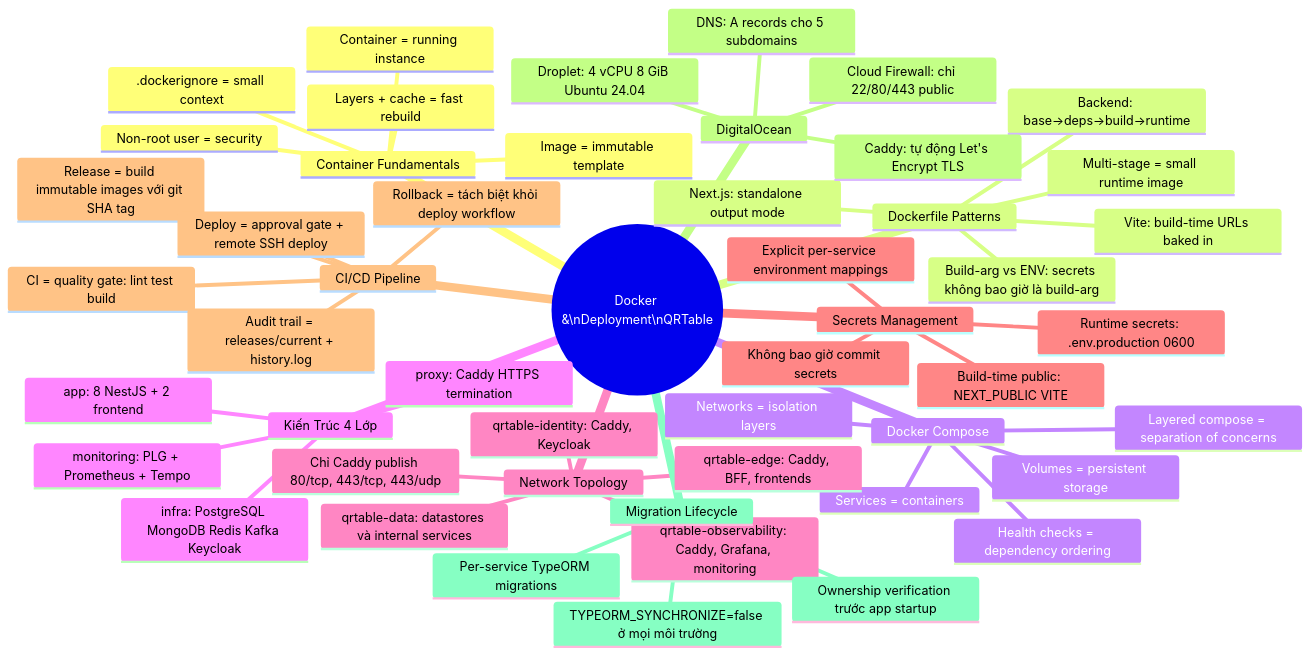
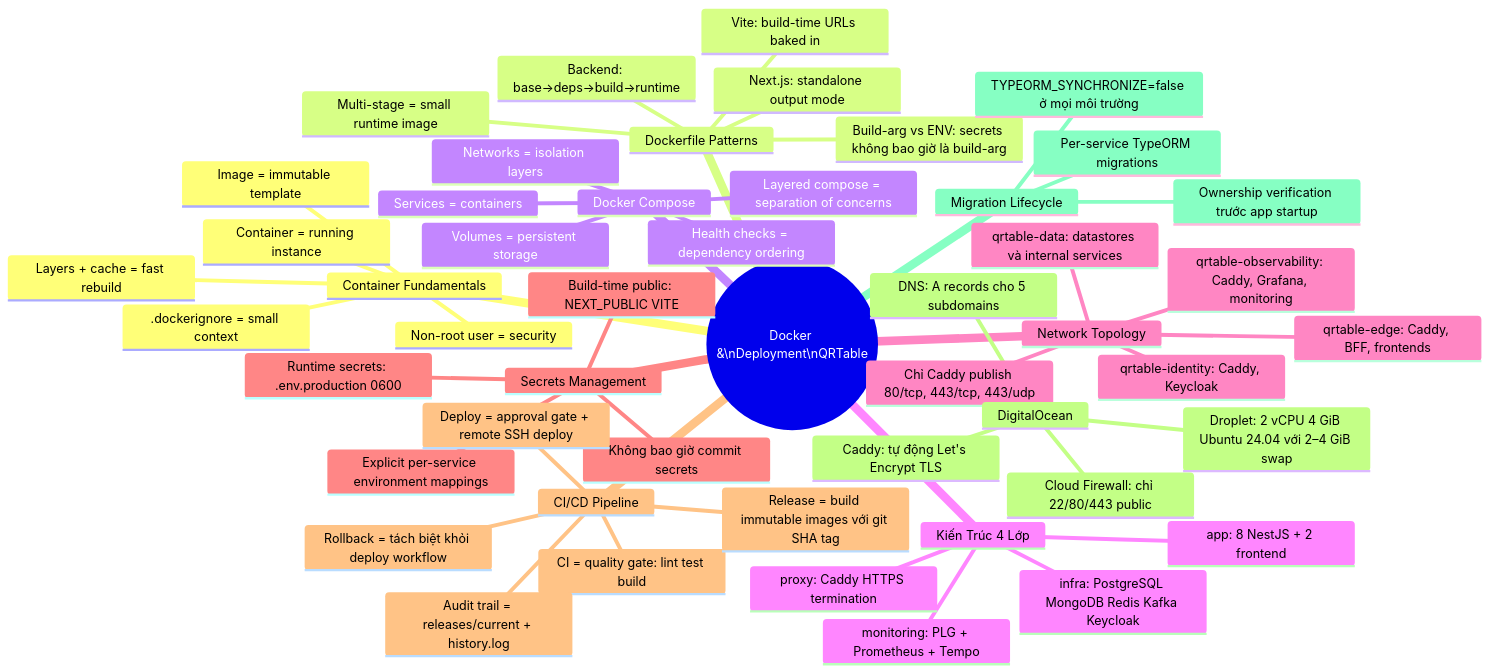
The fourth of 4 diagrams in docs/guides/docker-deployment-cicd-qrtable.vi.md (quan-vo-dinh/saas-pos-microservices-qrtable), drawn with Mermaid before and after one commit. The commit also changed other lines of this file and 15 other files, not shown here.

````diff
--- a/docs/guides/docker-deployment-cicd-qrtable.vi.md
+++ b/docs/guides/docker-deployment-cicd-qrtable.vi.md
@@ -2695,53 +2699,53 @@
 ```mermaid
 mindmap
   root((Docker &\nDeployment\nQRTable))
     Container Fundamentals
       Image = immutable template
       Container = running instance
       Layers + cache = fast rebuild
       Non-root user = security
       .dockerignore = small context
     Dockerfile Patterns
       Multi-stage = small runtime image
       Backend: base→deps→build→runtime
       Next.js: standalone output mode
       Vite: build-time URLs baked in
       Build-arg vs ENV: secrets không bao giờ là build-arg
     Docker Compose
       Services = containers
       Networks = isolation layers
       Volumes = persistent storage
       Health checks = dependency ordering
       Layered compose = separation of concerns
     Kiến Trúc 4 Lớp
       infra: PostgreSQL MongoDB Redis Kafka Keycloak
       app: 8 NestJS + 2 frontend
       proxy: Caddy HTTPS termination
       monitoring: PLG + Prometheus + Tempo
     Network Topology
       qrtable-edge: Caddy, BFF, frontends
       qrtable-identity: Caddy, Keycloak
       qrtable-observability: Caddy, Grafana, monitoring
       qrtable-data: datastores và internal services
       Chỉ Caddy publish 80/tcp, 443/tcp, 443/udp
     Secrets Management
       Build-time public: NEXT_PUBLIC VITE
       Runtime secrets: .env.production 0600
       Không bao giờ commit secrets
       Explicit per-service environment mappings
     CI/CD Pipeline
       CI = quality gate: lint test build
       Release = build immutable images với git SHA tag
       Deploy = approval gate + remote SSH deploy
       Rollback = tách biệt khỏi deploy workflow
       Audit trail = releases/current + history.log
     DigitalOcean
-      Droplet: 4 vCPU 8 GiB Ubuntu 24.04
+      Droplet: 2 vCPU 4 GiB Ubuntu 24.04 với 2–4 GiB swap
       Cloud Firewall: chỉ 22/80/443 public
       DNS: A records cho 5 subdomains
       Caddy: tự động Let's Encrypt TLS
     Migration Lifecycle
       TYPEORM_SYNCHRONIZE=false ở mọi môi trường
       Per-service TypeORM migrations
       Ownership verification trước app startup
 ```
````
